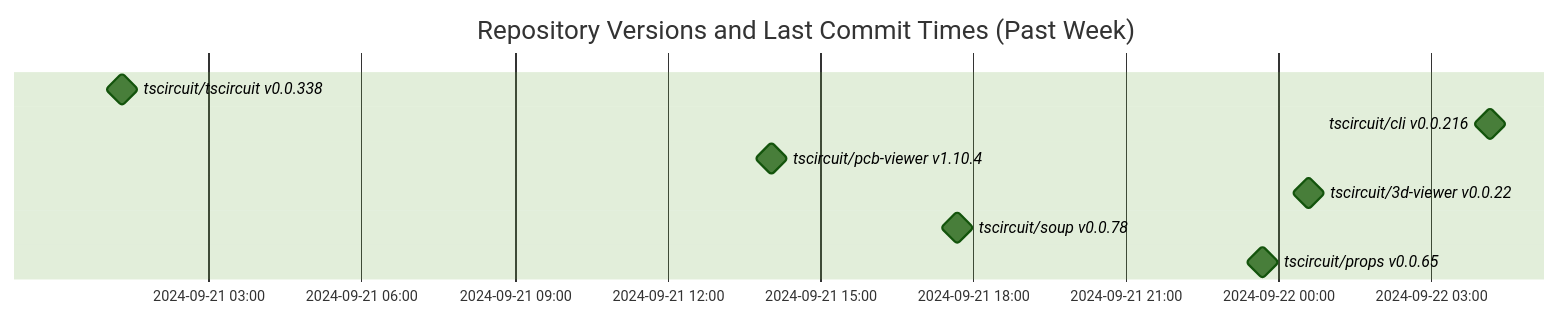
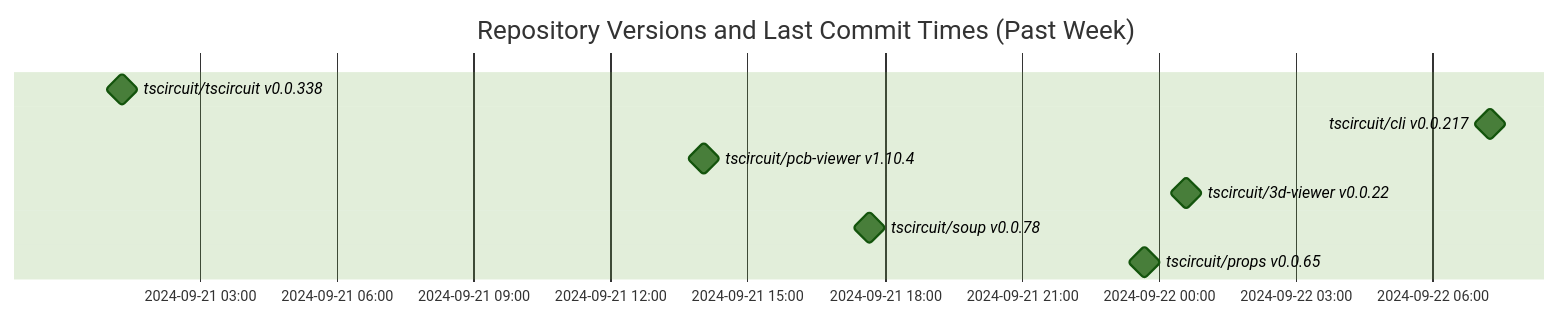
The diagram in README.md (tscircuit/version-tracker), drawn with Mermaid (forest theme) before and after one commit.

Commit message:
Update chart

````diff
--- a/README.md
+++ b/README.md
@@ -1,13 +1,13 @@
 ```mermaid
 gantt
   dateFormat  YYYY-MM-DD HH:mm:ss
   title Repository Versions and Last Commit Times (Past Week)
   axisFormat %Y-%m-%d %H:%M
 
   tscircuit/tscircuit v0.0.338 : milestone, 2024-09-21 01:17:43, 1s
-  tscircuit/cli v0.0.216 : milestone, 2024-09-22 04:08:59, 1s
+  tscircuit/cli v0.0.217 : milestone, 2024-09-22 07:15:34, 1s
   tscircuit/pcb-viewer v1.10.4 : milestone, 2024-09-21 14:02:34, 1s
   tscircuit/3d-viewer v0.0.22 : milestone, 2024-09-22 00:35:36, 1s
   tscircuit/soup v0.0.78 : milestone, 2024-09-21 17:40:44, 1s
   tscircuit/props v0.0.65 : milestone, 2024-09-21 23:41:11, 1s
 ```
````
